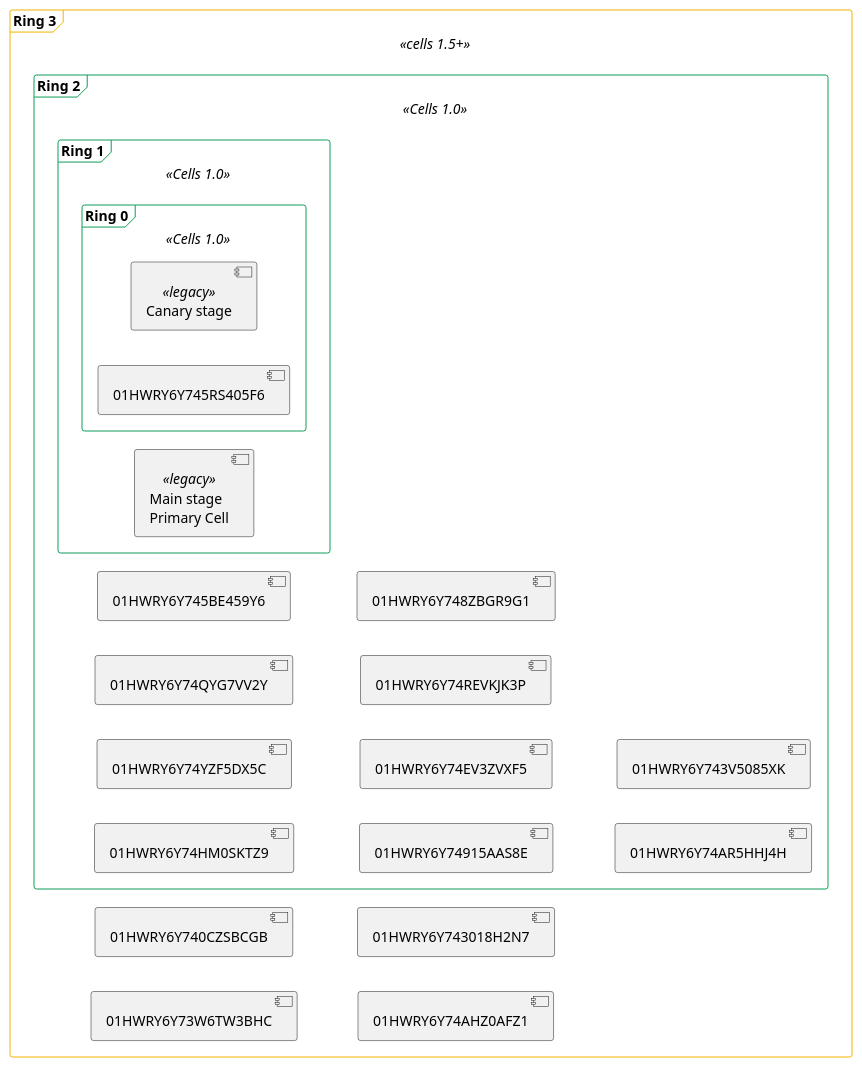
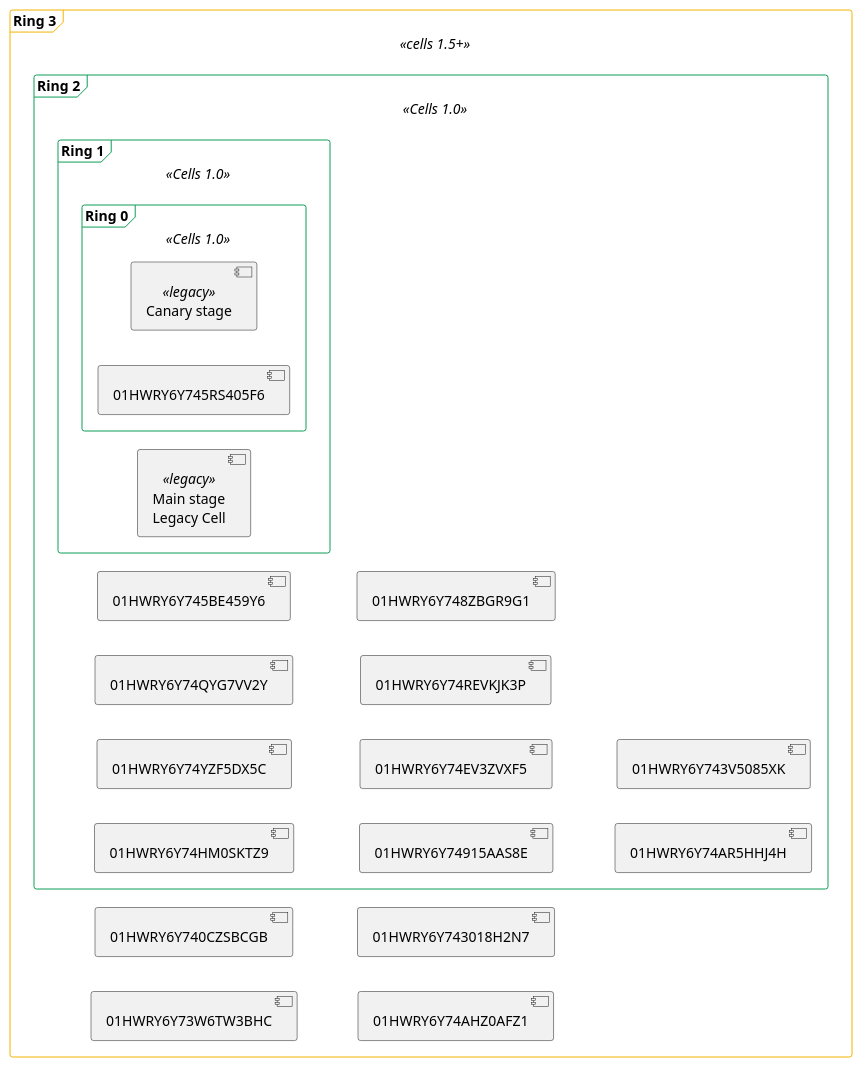
Before and after one commit to secretstartups/handbook: the third of 4 diagrams in content/handbook/engineering/architecture/design-documents/cells/infrastructure/_index.md, drawn with PlantUML. The commit also changed 8 other files, not shown here.

````diff
--- a/content/handbook/engineering/architecture/design-documents/cells/infrastructure/_index.md
+++ b/content/handbook/engineering/architecture/design-documents/cells/infrastructure/_index.md
@@ -331,44 +331,44 @@
 ```plantuml
 @startuml
 
 skinparam frame {
   borderColor<<Cells 1.0>> #0F9D58
 }
 
 skinparam frame {
   borderColor<<Cells 1.5+>> #F4B400
 }
 
 left to right direction
 
 frame "Ring 3" <<cells 1.5+>> {
   component "01HWRY6Y73W6TW3BHC"
   component "01HWRY6Y740CZSBCGB"
   component "01HWRY6Y74AHZ0AFZ1"
   component "01HWRY6Y743018H2N7"
 
   frame "Ring 2" <<Cells 1.0>> {
     component "01HWRY6Y74HM0SKTZ9"
     component "01HWRY6Y74YZF5DX5C"
     component "01HWRY6Y74QYG7VV2Y"
     component "01HWRY6Y745BE459Y6"
     component "01HWRY6Y74915AAS8E"
     component "01HWRY6Y74EV3ZVXF5"
     component "01HWRY6Y74REVKJK3P"
     component "01HWRY6Y748ZBGR9G1"
     component "01HWRY6Y74AR5HHJ4H"
     component "01HWRY6Y743V5085XK"
 
     frame "Ring 1" <<Cells 1.0>> {
       frame "Ring 0" <<Cells 1.0>> {
         component "Canary stage" <<legacy>> as cny
         component "01HWRY6Y745RS405F6"
       }
 
-      component "Main stage\nPrimary Cell" <<legacy>> as Primary
+      component "Main stage\nLegacy Cell" <<legacy>> as Legacy
     }
   }
 }
 
 @enduml
 ```
````
